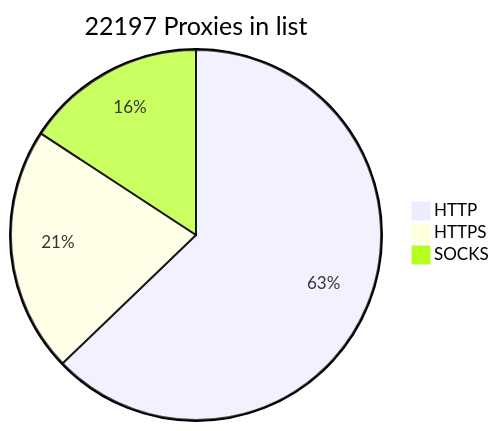
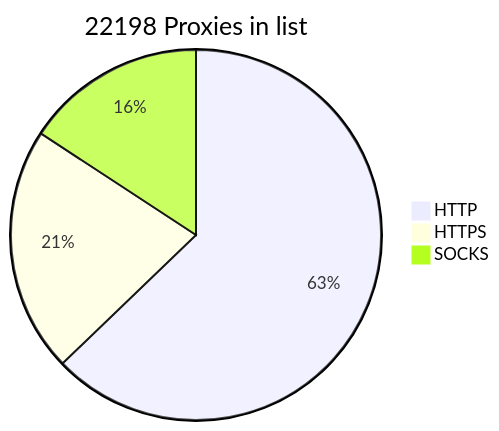
Before and after one commit to BlackSnowDot/proxylist-update-every-minute: the diagram in README.md, drawn with Mermaid.

````diff
--- a/README.md
+++ b/README.md
@@ -2,6 +2,6 @@
 ```mermaid
-pie title 22197 Proxies in list
-    "HTTP" : 15880
+pie title 22198 Proxies in list
+    "HTTP" : 15881
     "HTTPS": 5416
     "SOCKS" : 3988
 ```
````
